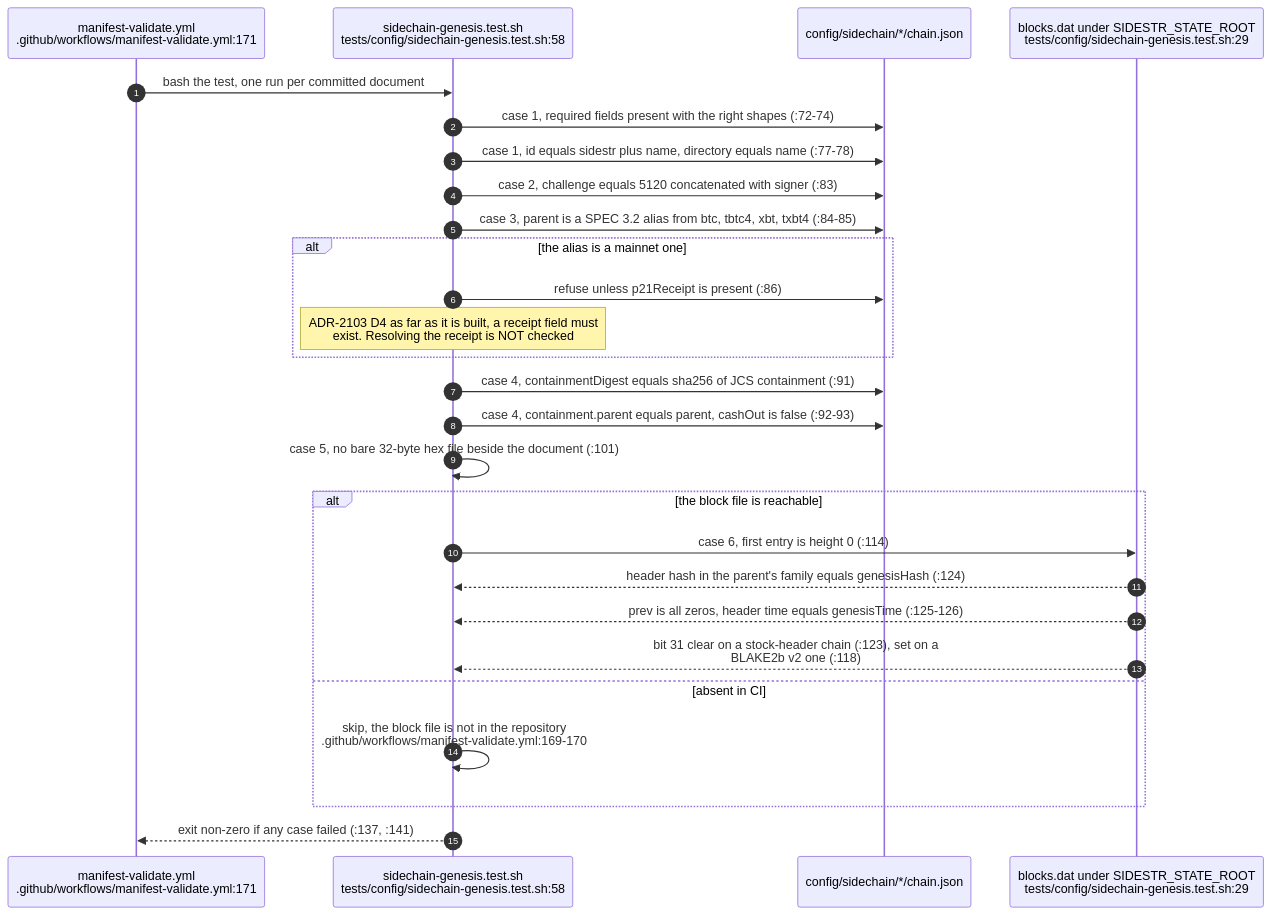
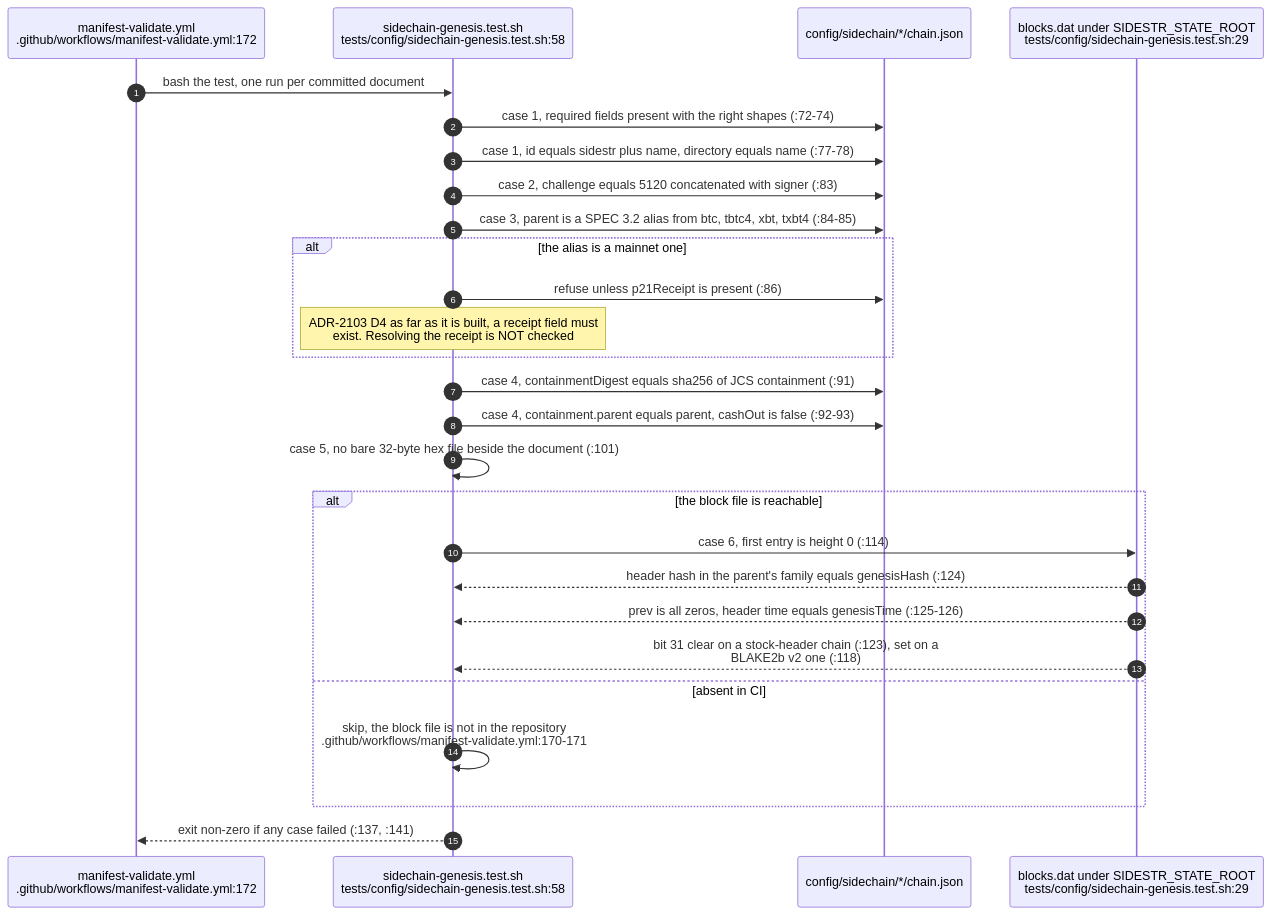
Before and after one commit to DreamLab-AI/VisionFlow: the third of 6 diagrams in docs/diagrams/agentbox/32-sidechain-root-seal.md, drawn with Mermaid. The commit also changed other lines of this file and 6 other files, not shown here.

First line of the commit message:
docs(diagrams): agentbox pass B at agentbox 1ea5494 (PRs #52, #53)

````diff
--- a/docs/diagrams/agentbox/32-sidechain-root-seal.md
+++ b/docs/diagrams/agentbox/32-sidechain-root-seal.md
@@ -111,30 +111,30 @@
 ```mermaid
 sequenceDiagram
     autonumber
-    participant CI as manifest-validate.yml<br/>.github/workflows/manifest-validate.yml:171
+    participant CI as manifest-validate.yml<br/>.github/workflows/manifest-validate.yml:172
     participant T as sidechain-genesis.test.sh<br/>tests/config/sidechain-genesis.test.sh:58
     participant DOC as config/sidechain/*/chain.json
     participant DAT as blocks.dat under SIDESTR_STATE_ROOT<br/>tests/config/sidechain-genesis.test.sh:29
 
     CI->>T: bash the test, one run per committed document
     T->>DOC: case 1, required fields present with the right shapes (:72-74)
     T->>DOC: case 1, id equals sidestr plus name, directory equals name (:77-78)
     T->>DOC: case 2, challenge equals 5120 concatenated with signer (:83)
     T->>DOC: case 3, parent is a SPEC 3.2 alias from btc, tbtc4, xbt, txbt4 (:84-85)
     alt the alias is a mainnet one
         T->>DOC: refuse unless p21Receipt is present (:86)
         Note over T: ADR-2103 D4 as far as it is built, a receipt field must<br/>exist. Resolving the receipt is NOT checked
     end
     T->>DOC: case 4, containmentDigest equals sha256 of JCS containment (:91)
     T->>DOC: case 4, containment.parent equals parent, cashOut is false (:92-93)
     T->>T: case 5, no bare 32-byte hex file beside the document (:101)
     alt the block file is reachable
         T->>DAT: case 6, first entry is height 0 (:114)
         DAT-->>T: header hash in the parent's family equals genesisHash (:124)
         DAT-->>T: prev is all zeros, header time equals genesisTime (:125-126)
         DAT-->>T: bit 31 clear on a stock-header chain (:123), set on a<br/>BLAKE2b v2 one (:118)
     else absent in CI
-        T->>T: skip, the block file is not in the repository<br/>.github/workflows/manifest-validate.yml:169-170
+        T->>T: skip, the block file is not in the repository<br/>.github/workflows/manifest-validate.yml:170-171
     end
     T-->>CI: exit non-zero if any case failed (:137, :141)
 ```
````
